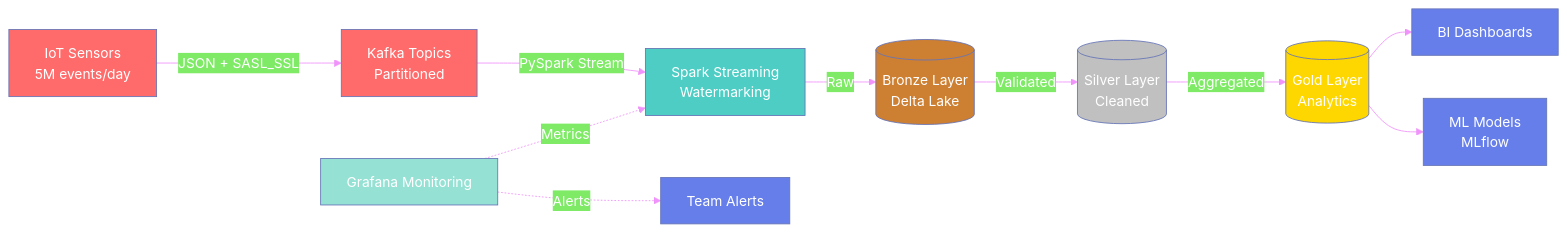
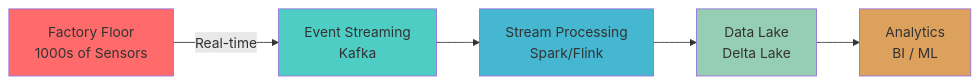
Before and after one commit to mounish4882/data-engineering-patterns: the diagram in README.md, drawn with Mermaid. The commit also changed other lines of this file and 17 other files, not shown here.

````diff
--- a/README.md
+++ b/README.md
@@ -322,23 +38,13 @@
 ```mermaid
-%%{init: {'theme':'base', 'themeVariables': { 'primaryColor':'#667eea','primaryTextColor':'#fff','lineColor':'#f093fb'}}}%%
 graph LR
-    A[IoT Sensors<br/>5M events/day] -->|JSON + SASL_SSL| B[Kafka Topics<br/>Partitioned]
-    B -->|PySpark Stream| C[Spark Streaming<br/>Watermarking]
-    C -->|Raw| D[(Bronze Layer<br/>Delta Lake)]
-    D -->|Validated| E[(Silver Layer<br/>Cleaned)]
-    E -->|Aggregated| F[(Gold Layer<br/>Analytics)]
-
-    G[Grafana Monitoring] -.->|Metrics| C
-    G -.->|Alerts| H[Team Alerts]
-
-    F --> I[BI Dashboards]
-    F --> J[ML Models<br/>MLflow]
+    A[Factory Floor<br/>1000s of Sensors] -->|Real-time| B[Event Streaming<br/>Kafka]
+    B --> C[Stream Processing<br/>Spark/Flink]
+    C --> D[Data Lake<br/>Delta Lake]
+    D --> E[Analytics<br/>BI / ML]
 
     style A fill:#FF6B6B
-    style B fill:#FF6B6B
-    style C fill:#4ECDC4
-    style D fill:#CD7F32
-    style E fill:#C0C0C0
-    style F fill:#FFD700
-    style G fill:#95E1D3
+    style B fill:#4ECDC4
+    style C fill:#45B7D1
+    style D fill:#96CEB4
+    style E fill:#DDA15E
 ```
````
